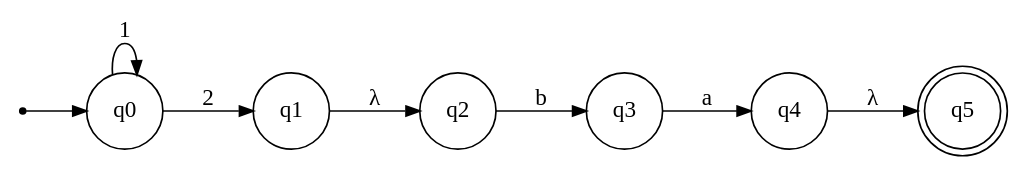
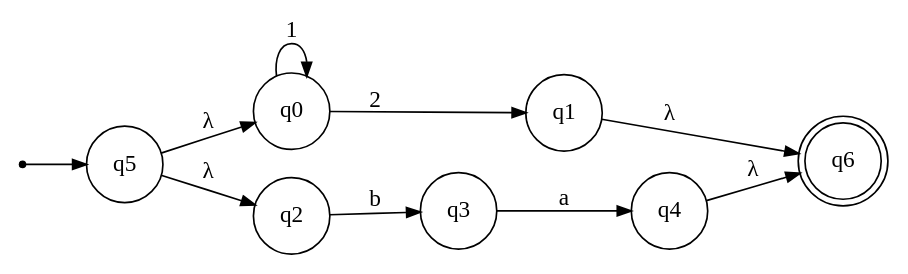
Before and after one commit to iMahdiGhazavi/TLA4012-Midterm-Project: the diagram in Digraph.gv, drawn with Graphviz. The commit also changed 5 other files, not shown here.

```diff
--- a/Digraph.gv
+++ b/Digraph.gv
@@ -1,18 +1,21 @@
 digraph {
 	ranksep=0.5 size="(8, 8)"
 	rankdir=LR
 	Initial [label="" fontsize=14.0 shape=point]
 	q0 [fontsize=14.0 shape=circle]
 	q1 [fontsize=14.0 shape=circle]
 	q2 [fontsize=14.0 shape=circle]
 	q3 [fontsize=14.0 shape=circle]
 	q4 [fontsize=14.0 shape=circle]
-	q5 [fontsize=14.0 shape=doublecircle]
-	Initial -> q0 [arrowsize=0.85]
+	q5 [fontsize=14.0 shape=circle]
+	q6 [fontsize=14.0 shape=doublecircle]
+	Initial -> q5 [arrowsize=0.85]
 	q0 -> q0 [label=" 1 " arrowsize=0.85 fontsize=14.0]
 	q0 -> q1 [label=" 2 " arrowsize=0.85 fontsize=14.0]
-	q1 -> q2 [label=" λ " arrowsize=0.85 fontsize=14.0]
+	q1 -> q6 [label=" λ " arrowsize=0.85 fontsize=14.0]
 	q2 -> q3 [label=" b " arrowsize=0.85 fontsize=14.0]
 	q3 -> q4 [label=" a " arrowsize=0.85 fontsize=14.0]
-	q4 -> q5 [label=" λ " arrowsize=0.85 fontsize=14.0]
+	q4 -> q6 [label=" λ " arrowsize=0.85 fontsize=14.0]
+	q5 -> q2 [label=" λ " arrowsize=0.85 fontsize=14.0]
+	q5 -> q0 [label=" λ " arrowsize=0.85 fontsize=14.0]
 }
```
